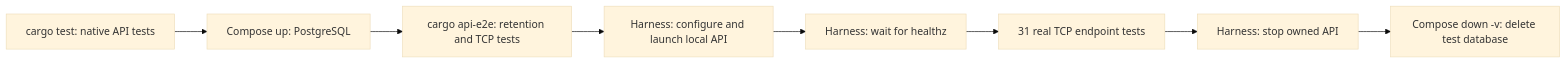
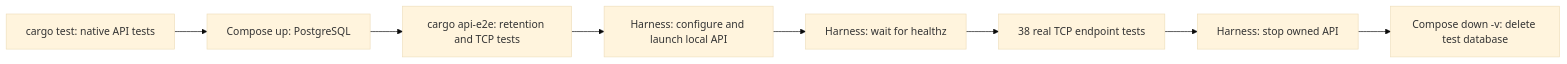
The first of 2 diagrams in docs/verification.md (enzumeii/monolith), drawn with Mermaid (base theme) before and after one commit. The commit also changed other lines of this file and 4 other files, not shown here.

````diff
--- a/docs/verification.md
+++ b/docs/verification.md
@@ -33,10 +33,10 @@
 ```mermaid
 flowchart LR
     UNIT["cargo test: native API tests"] --> PG["Compose up: PostgreSQL"]
     PG --> CARGO["cargo api-e2e: retention and TCP tests"]
     CARGO --> HARNESS["Harness: configure and launch local API"]
     HARNESS --> READY["Harness: wait for healthz"]
-    READY --> TCP["31 real TCP endpoint tests"]
+    READY --> TCP["38 real TCP endpoint tests"]
     TCP --> STOP["Harness: stop owned API"]
     STOP --> DOWN["Compose down -v: delete test database"]
 ```
````
